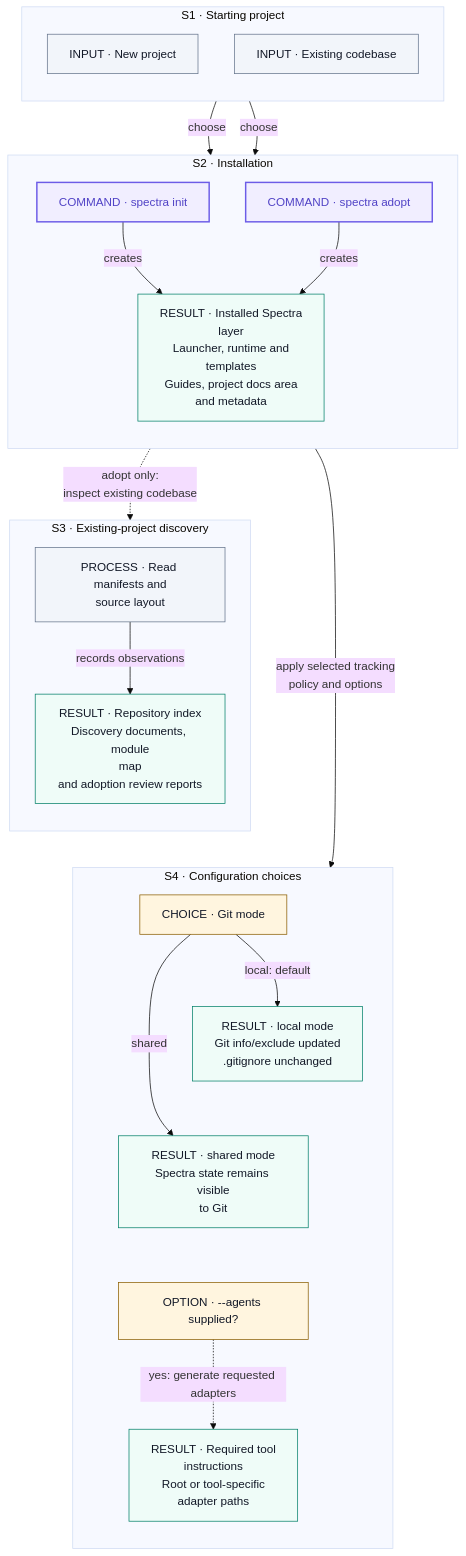
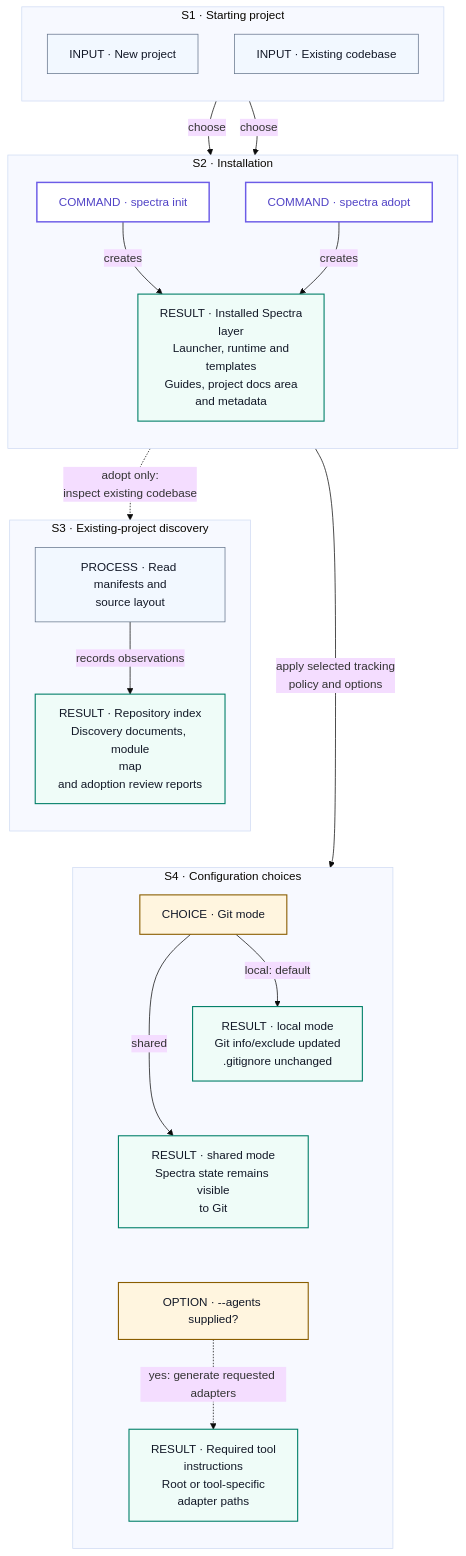
One commit to yunusakin/spectra changed the diagram in site/assets/diagrams/setup.mmd. Above: the diagram before and after it, drawn with Mermaid (base theme). The commit also changed 13 other files, not shown here.

Commit message:
style: align SVG diagrams with website cards and typography

```diff
--- a/site/assets/diagrams/setup.mmd
+++ b/site/assets/diagrams/setup.mmd
@@ -1,49 +1,49 @@
 flowchart TB
   accTitle: Spectra setup: starting project, installation, discovery and configuration
   accDescr: Choose init for a new project or adopt for an existing codebase. Both install the Spectra layer; adopt additionally creates discovery evidence. Git mode changes tracking policy. Adapters are generated only when requested. Matching explanation groups S1 to S4 describe the paths and preservation rules.
   subgraph SETUP_START["S1 · Starting project"]
     direction TB
     NEW["INPUT · New project"]
     EXISTING["INPUT · Existing codebase"]
   end
   subgraph SETUP_INSTALL["S2 · Installation"]
     direction TB
     INIT["COMMAND · spectra init"]
     ADOPT["COMMAND · spectra adopt"]
     LAYER["RESULT · Installed Spectra<br/>layer<br/>Launcher, runtime and<br/>templates<br/>Guides, project docs area<br/>and metadata"]
     INIT -->|creates| LAYER
     ADOPT -->|creates| LAYER
   end
   NEW -->|choose| INIT
   EXISTING -->|choose| ADOPT
   subgraph SETUP_DISCOVERY["S3 · Existing-project discovery"]
     direction TB
     READ["PROCESS · Read manifests and<br/>source layout"]
     EVIDENCE["RESULT · Repository index<br/>Discovery documents, module<br/>map<br/>and adoption review reports"]
     READ -->|records observations| EVIDENCE
   end
   ADOPT -.->|adopt only:<br/>inspect existing codebase| READ
   subgraph SETUP_CHOICES["S4 · Configuration choices"]
     direction TB
     GIT["CHOICE · Git mode"]
     LOCAL["RESULT · local mode<br/>Git info/exclude updated<br/>.gitignore unchanged"]
     SHARED["RESULT · shared mode<br/>Spectra state remains visible<br/>to Git"]
     AGENTS["OPTION · --agents supplied?"]
     ADAPTERS["RESULT · Required tool<br/>instructions<br/>Root or tool-specific<br/>adapter paths"]
     GIT -->|local: default| LOCAL
     GIT -->|shared| SHARED
     AGENTS -.->|yes: generate requested adapters| ADAPTERS
     %% Layout only: local and shared are alternative outcomes.
     LOCAL ~~~ SHARED
     SHARED ~~~ AGENTS
   end
   LAYER -->|apply selected tracking<br/>policy and options| GIT
   SETUP_DISCOVERY ~~~ SETUP_CHOICES
-  classDef command fill:#f1eeff,stroke:#6c5ce7,color:#5143c6,stroke-width:2px;
-  classDef result fill:#effcf8,stroke:#007f68,color:#121827;
-  classDef condition fill:#fff5df,stroke:#8a5d00,color:#121827;
-  classDef neutral fill:#f2f5fa,stroke:#64748b,color:#121827;
+  classDef command fill:#ffffff,stroke:#6c5ce7,color:#5143c6,stroke-width:2px;
+  classDef result fill:#effcf8,stroke:#007f68,color:#121827,stroke-width:1.5px;
+  classDef condition fill:#fff5df,stroke:#8a5d00,color:#121827,stroke-width:1.5px;
+  classDef neutral fill:#f2f8ff,stroke:#64748b,color:#121827;
   class INIT,ADOPT command;
   class LAYER,EVIDENCE,LOCAL,SHARED,ADAPTERS result;
   class GIT,AGENTS condition;
   class NEW,EXISTING,READ neutral;
```
